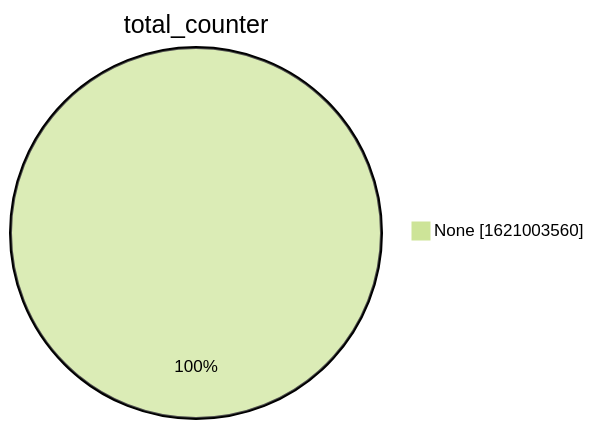
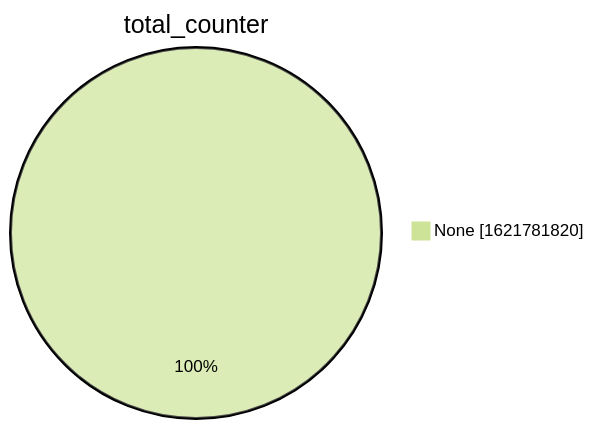
One commit to christiankrug/ctmonitor_visualization changed the second of 15 diagrams in xenon2022/README.md. Above: the diagram before and after it, drawn with Mermaid (forest theme). The commit also changed other lines of this file, not shown here.

````diff
--- a/xenon2022/README.md
+++ b/xenon2022/README.md
@@ -9,5 +9,5 @@
 ```mermaid
 pie showData
 title total_counter
-"None" :1621003560
+"None" :1621781820
 ```
````
